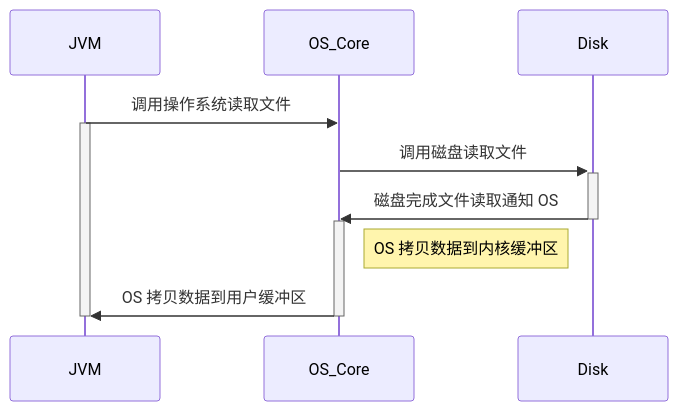
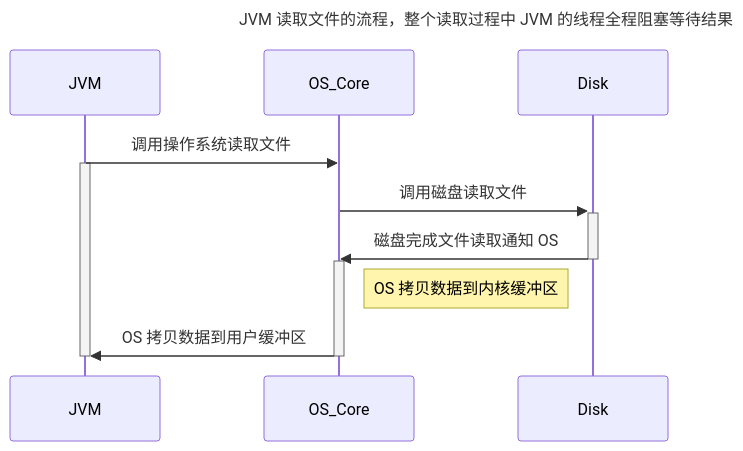
One commit to wzm001/wzm001.github.io changed the first of 2 diagrams in src/content/posts/java-nio.md. Above: the diagram before and after it, drawn with Mermaid. The commit also changed other lines of this file and 17 other files, not shown here.

````diff
--- a/src/content/posts/java-nio.md
+++ b/src/content/posts/java-nio.md
@@ -31,15 +32,18 @@
-{% mermaid %}
+```mermaid
+---
+title: JVM 读取文件的流程，整个读取过程中 JVM 的线程全程阻塞等待结果
+---
 sequenceDiagram
 participant JVM
 participant C as OS_Core
 participant D as Disk
 JVM->>C: 调用操作系统读取文件
 activate JVM
 C->>+D: 调用磁盘读取文件
 D->>-C: 磁盘完成文件读取通知 OS
 activate C
 Note right of C: OS 拷贝数据到内核缓冲区
 C->>JVM: OS 拷贝数据到用户缓冲区
 deactivate C
 deactivate JVM
-{% endmermaid %}
+```
````
